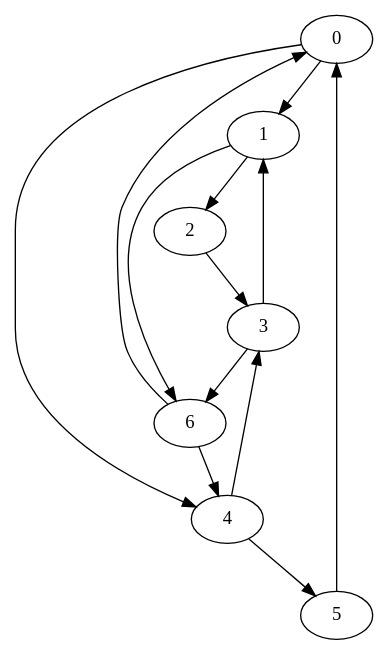
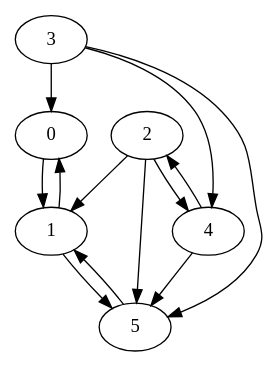
The diagram in test.gv (GabeJerome/Graphs), drawn with Graphviz before and after one commit. The commit also changed 7 other files, not shown here.

Commit message:
added comments and residual graph in ford fulkerson is now returned

```diff
--- a/test.gv
+++ b/test.gv
@@ -1,14 +1,14 @@
 digraph A {
 	0 -> 1 [weight = 1]
-	0 -> 4 [weight = 1]
-	1 -> 2 [weight = 1]
-	1 -> 6 [weight = 3]
-	2 -> 3 [weight = 1]
-	3 -> 1 [weight = 7]
-	3 -> 6 [weight = 1]
-	4 -> 3 [weight = 4]
-	4 -> 5 [weight = 2]
-	5 -> 0 [weight = 6]
-	6 -> 0 [weight = 1]
-	6 -> 4 [weight = 5]
+	1 -> 0 [weight = 3]
+	1 -> 5 [weight = 1]
+	2 -> 1 [weight = 2]
+	2 -> 4 [weight = 4]
+	2 -> 5 [weight = 7]
+	3 -> 0 [weight = 9]
+	3 -> 4 [weight = 2]
+	3 -> 5 [weight = 1]
+	4 -> 2 [weight = 2]
+	4 -> 5 [weight = 1]
+	5 -> 1 [weight = 1]
 }
```
